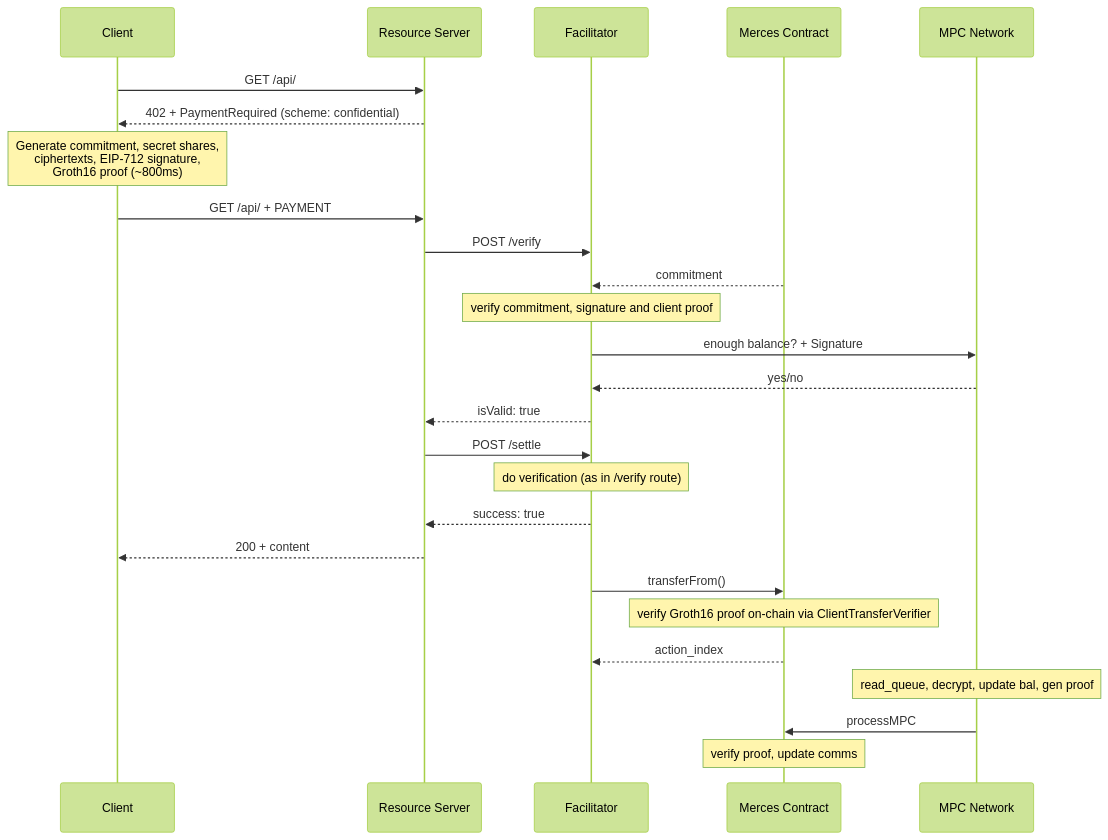
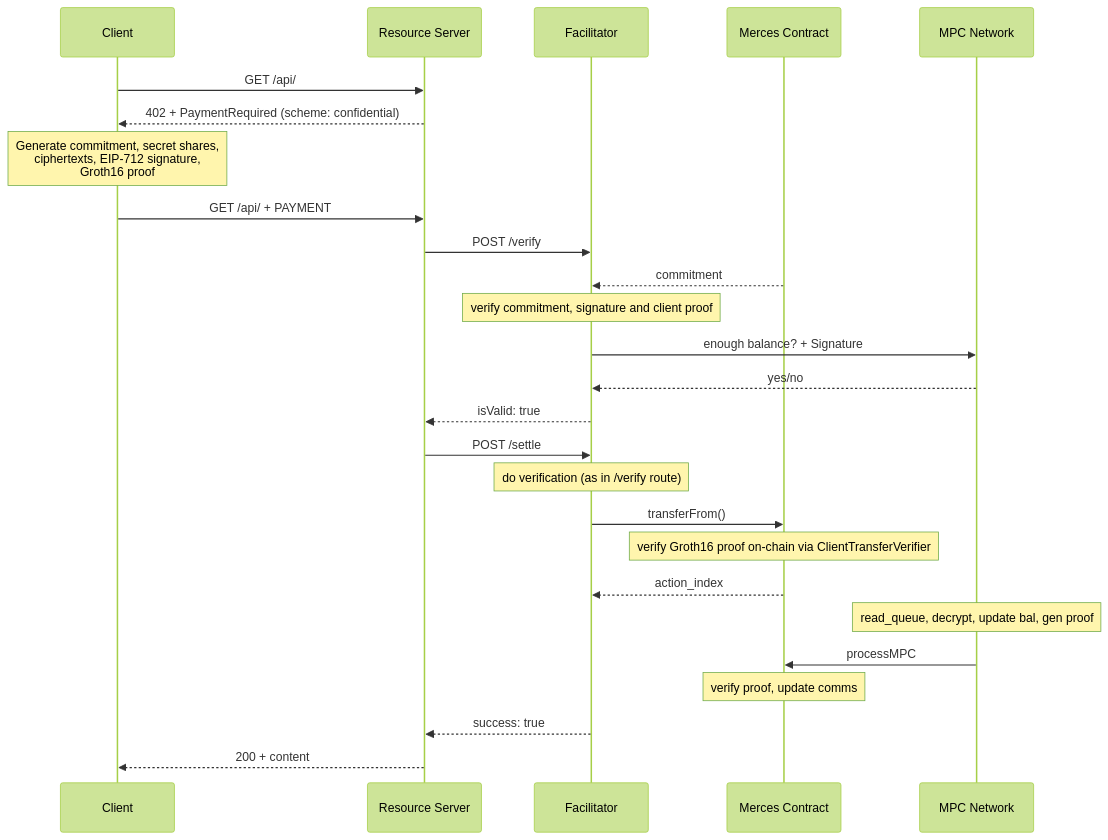
One commit to TaceoLabs/docs changed the diagram in docs/finance-solutions/x402/how-it-works.mdx. Above: the diagram before and after it, drawn with Mermaid (forest theme). The commit also changed other lines of this file and 4 other files, not shown here.

````diff
--- a/docs/finance-solutions/x402/how-it-works.mdx
+++ b/docs/finance-solutions/x402/how-it-works.mdx
@@ -39,33 +39,33 @@
 ```mermaid
 sequenceDiagram
     participant C as Client
     participant R as Resource Server
     participant F as Facilitator
     participant X as Merces Contract
     participant M as MPC Network
     
 
     C->>R: GET /api/
     R-->>C: 402 + PaymentRequired (scheme: confidential)
 
-    Note over C: Generate commitment, secret shares,<br/>ciphertexts, EIP-712 signature,<br/>Groth16 proof (~800ms)
+    Note over C: Generate commitment, secret shares,<br/>ciphertexts, EIP-712 signature,<br/>Groth16 proof
 
     C->>R: GET /api/ + PAYMENT
 
     R->>F: POST /verify
     X-->>F: commitment
     Note over F: verify commitment, signature and client proof
     F->>M: enough balance? + Signature
     M-->>F: yes/no
     F-->>R: isValid: true
     R->>F: POST /settle
     note over F: do verification (as in /verify route)
-    F-->>R: success: true
-    R-->>C: 200 + content
     F->>X: transferFrom()
     Note over X: verify Groth16 proof on-chain via ClientTransferVerifier
     X-->>F: action_index
     Note over M: read_queue, decrypt, update bal, gen proof
     M->>X: processMPC
     Note over X: verify proof, update comms
+    F-->>R: success: true
+    R-->>C: 200 + content
 ```
````
